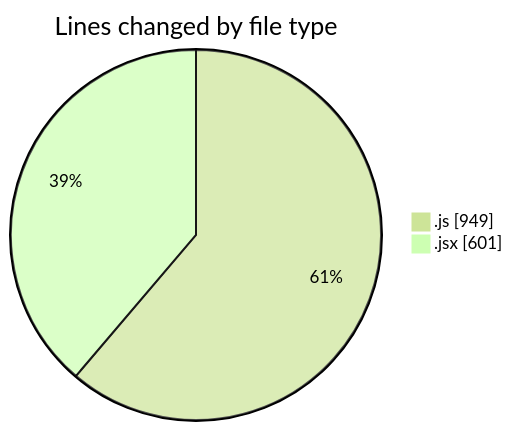
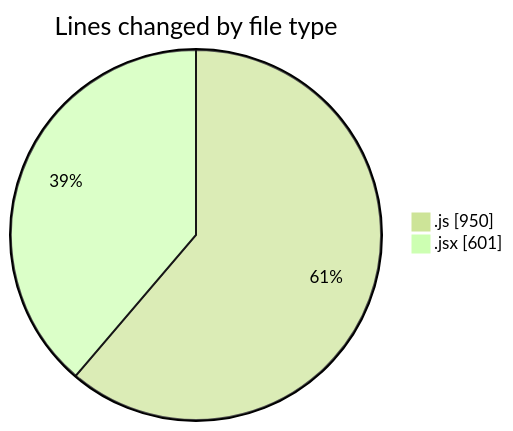
Before and after one commit to nxtqubesakshisongat/code-tracking: the first of 2 diagrams in 2025-08-07/nxtqube_webapp/README.md, drawn with Mermaid (forest theme). The commit also changed other lines of this file and 1 other file, not shown here.

````diff
--- a/2025-08-07/nxtqube_webapp/README.md
+++ b/2025-08-07/nxtqube_webapp/README.md
@@ -23,6 +23,6 @@
 ```mermaid
 pie showData
 title Lines changed by file type
-".js" : 949
+".js" : 950
 ".jsx" : 601
 ```
````
